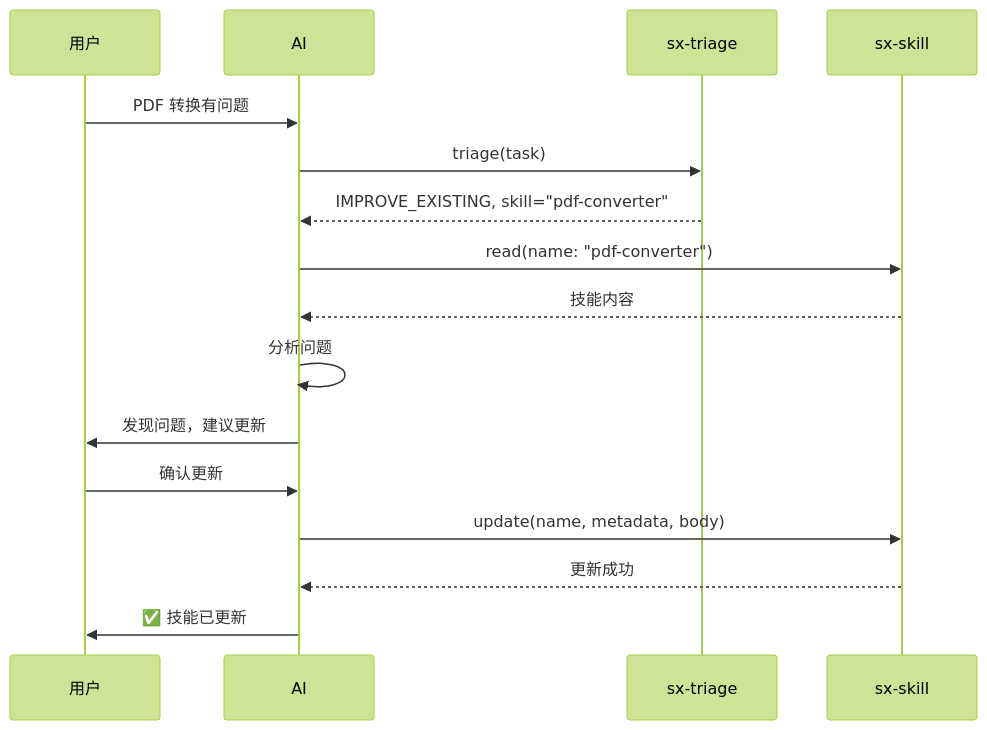
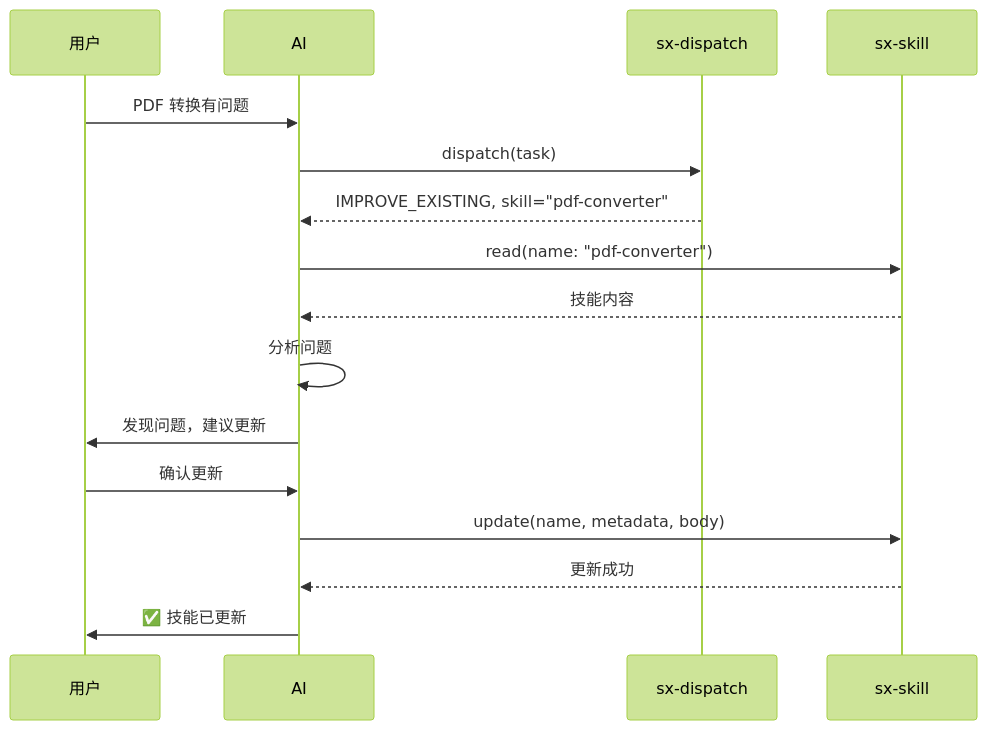
Diagram 16 of 23 in design/02-设计/20260119-12-sx-update设计.md (shetengteng/skillix-mcp), drawn with Mermaid (forest theme) before and after one commit. The commit also changed other lines of this file and 32 other files, not shown here.

````diff
--- a/design/02-设计/20260119-12-sx-update设计.md
+++ b/design/02-设计/20260119-12-sx-update设计.md
@@ -678,19 +678,19 @@
 ```mermaid
 sequenceDiagram
     participant U as 用户
     participant AI as AI
-    participant T as sx-triage
+    participant T as sx-dispatch
     participant S as sx-skill
     
     U->>AI: PDF 转换有问题
-    AI->>T: triage(task)
+    AI->>T: dispatch(task)
     T-->>AI: IMPROVE_EXISTING, skill="pdf-converter"
     AI->>S: read(name: "pdf-converter")
     S-->>AI: 技能内容
     AI->>AI: 分析问题
     AI->>U: 发现问题，建议更新
     U->>AI: 确认更新
     AI->>S: update(name, metadata, body)
     S-->>AI: 更新成功
     AI->>U: ✅ 技能已更新
 ```
````
